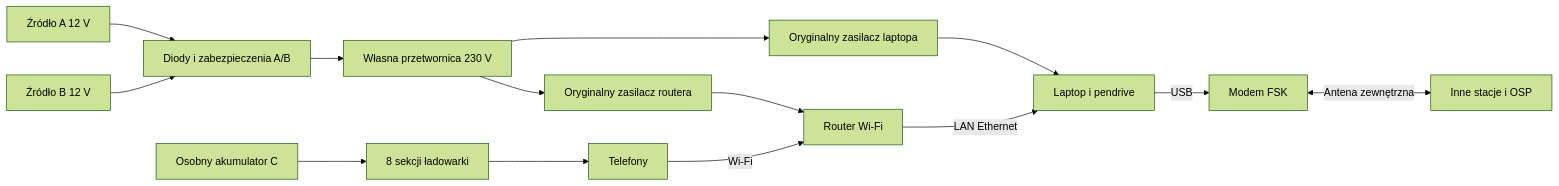
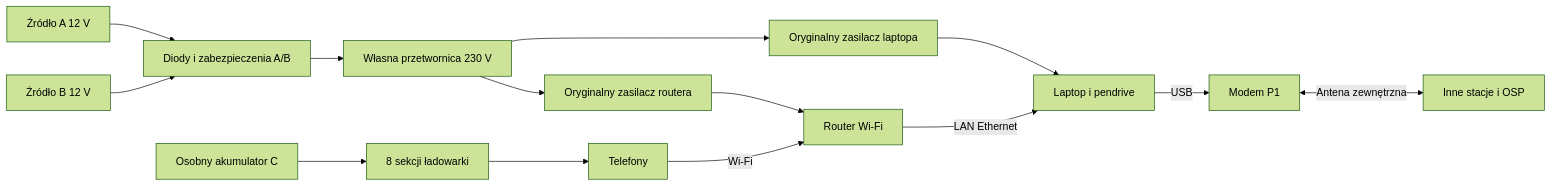
One commit to tmierzwa/WICI changed the diagram in docs/spec/projekt.md. Above: the diagram before and after it, drawn with Mermaid (forest theme). The commit also changed other lines of this file and 14 other files, not shown here.

````diff
--- a/docs/spec/projekt.md
+++ b/docs/spec/projekt.md
@@ -19,16 +19,16 @@
 ```mermaid
 flowchart LR
   A[Źródło A 12 V] --> D[Diody i zabezpieczenia A/B]
   B[Źródło B 12 V] --> D
   D --> I[Własna przetwornica 230 V]
   I --> P[Oryginalny zasilacz laptopa]
   I --> R[Oryginalny zasilacz routera]
   P --> L[Laptop i pendrive]
   R --> W[Router Wi-Fi]
   W -->|LAN Ethernet| L
-  L -->|USB| M[Modem FSK]
+  L -->|USB| M[Modem P1]
   M <-->|Antena zewnętrzna| S[Inne stacje i OSP]
   C[Osobny akumulator C] --> U[8 sekcji ładowarki]
   U --> F[Telefony]
   F -->|Wi-Fi| W
 ```
````
